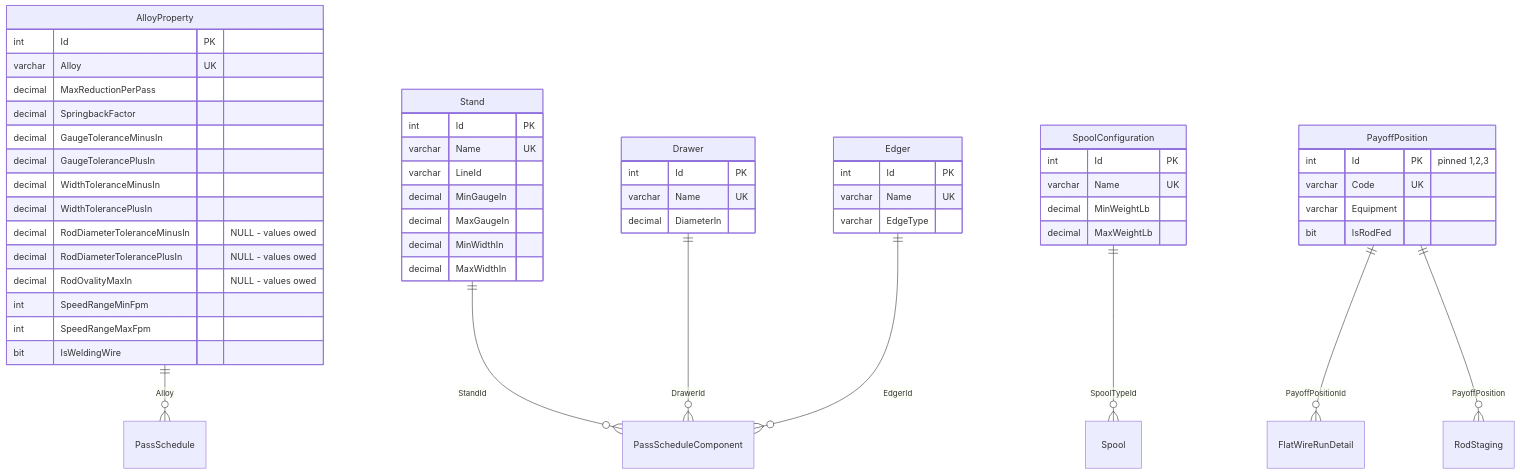
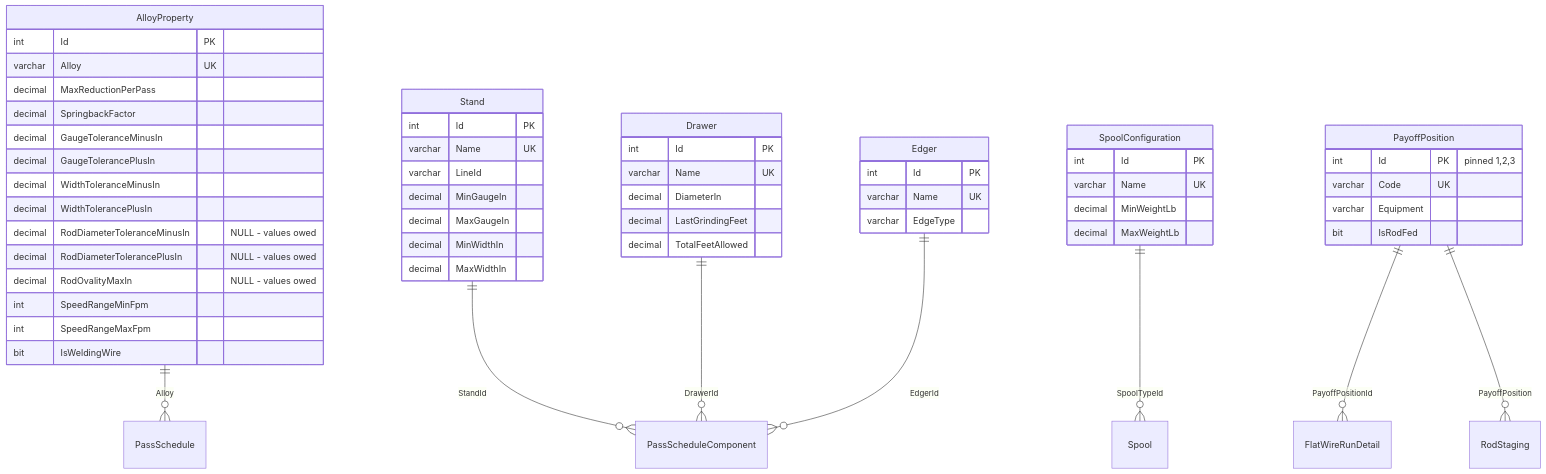
One commit to UnitedAluminum/Flatwire-planning changed the fifth of 10 diagrams in LatestDocument/ProjectPlan/03-HLD-and-ERDiagram.md. Above: the diagram before and after it, drawn with Mermaid. The commit also changed other lines of this file and 50 other files, not shown here.

````diff
--- a/LatestDocument/ProjectPlan/03-HLD-and-ERDiagram.md
+++ b/LatestDocument/ProjectPlan/03-HLD-and-ERDiagram.md
@@ -582,57 +582,59 @@
 ```mermaid
 erDiagram
     AlloyProperty {
         int Id PK
         varchar Alloy UK
         decimal MaxReductionPerPass
         decimal SpringbackFactor
         decimal GaugeToleranceMinusIn
         decimal GaugeTolerancePlusIn
         decimal WidthToleranceMinusIn
         decimal WidthTolerancePlusIn
         decimal RodDiameterToleranceMinusIn "NULL - values owed"
         decimal RodDiameterTolerancePlusIn "NULL - values owed"
         decimal RodOvalityMaxIn "NULL - values owed"
         int SpeedRangeMinFpm
         int SpeedRangeMaxFpm
         bit IsWeldingWire
     }
     Stand {
         int Id PK
         varchar Name UK
         varchar LineId
         decimal MinGaugeIn
         decimal MaxGaugeIn
         decimal MinWidthIn
         decimal MaxWidthIn
     }
     Drawer {
         int Id PK
         varchar Name UK
         decimal DiameterIn
+        decimal LastGrindingFeet
+        decimal TotalFeetAllowed
     }
     Edger {
         int Id PK
         varchar Name UK
         varchar EdgeType
     }
     SpoolConfiguration {
         int Id PK
         varchar Name UK
         decimal MinWeightLb
         decimal MaxWeightLb
     }
     PayoffPosition {
         int Id PK "pinned 1,2,3"
         varchar Code UK
         varchar Equipment
         bit IsRodFed
     }
     AlloyProperty      ||--o{ PassSchedule : "Alloy"
     Stand              ||--o{ PassScheduleComponent : "StandId"
     Drawer             ||--o{ PassScheduleComponent : "DrawerId"
     Edger              ||--o{ PassScheduleComponent : "EdgerId"
     SpoolConfiguration ||--o{ Spool : "SpoolTypeId"
     PayoffPosition     ||--o{ FlatWireRunDetail : "PayoffPositionId"
     PayoffPosition     ||--o{ RodStaging : "PayoffPosition"
 ```
````
